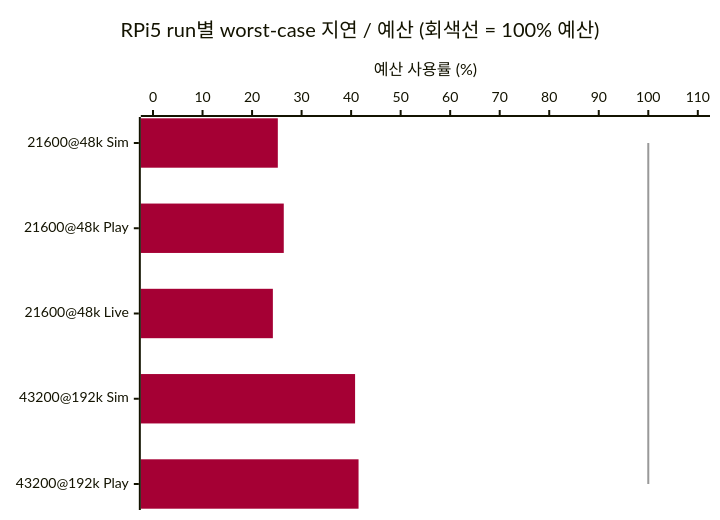
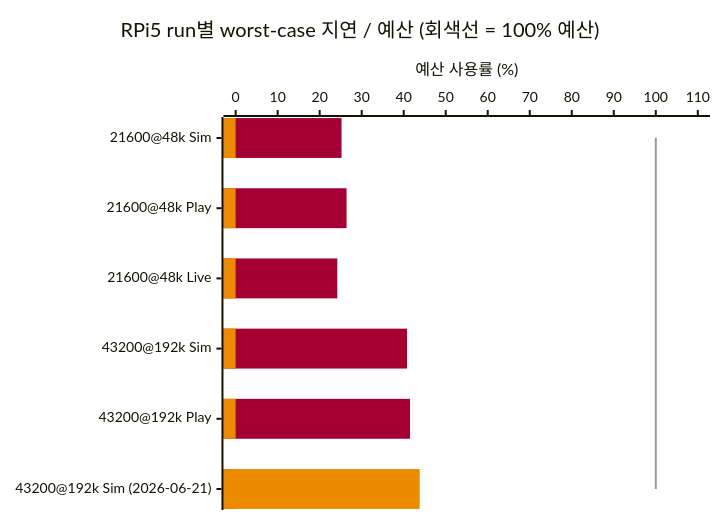
The second of 5 diagrams in Milestone/ko/4-Planned-Experiments.md (lgcmu2026-team5/TimeGrapher-Docs), drawn with Mermaid before and after one commit. The commit also changed other lines of this file and 1 other file, not shown here.

First line of the commit message:
docs(exp): add E2E max charts to EXP-02/EXP-03

````diff
--- a/Milestone/ko/4-Planned-Experiments.md
+++ b/Milestone/ko/4-Planned-Experiments.md
@@ -109,9 +109,10 @@
 ```mermaid
-%%{init: {"themeVariables": {"xyChart": {"plotColorPalette": "#A50034, #999999"}}}}%%
+%%{init: {"themeVariables": {"xyChart": {"plotColorPalette": "#A50034, #ED8B00, #999999"}}}}%%
 xychart-beta horizontal
     title "RPi5 run별 worst-case 지연 / 예산 (회색선 = 100% 예산)"
-    x-axis ["21600@48k Sim", "21600@48k Play", "21600@48k Live", "43200@192k Sim", "43200@192k Play"]
+    x-axis ["21600@48k Sim", "21600@48k Play", "21600@48k Live", "43200@192k Sim", "43200@192k Play", "43200@192k Sim (2026-06-21)"]
     y-axis "예산 사용률 (%)" 0 --> 110
-    bar [25.2, 26.4, 24.2, 40.8, 41.5]
-    line [100, 100, 100, 100, 100]
+    bar [25.2, 26.4, 24.2, 40.8, 41.5, 0]
+    bar [0, 0, 0, 0, 0, 43.8]
+    line [100, 100, 100, 100, 100, 100]
 ```
````
